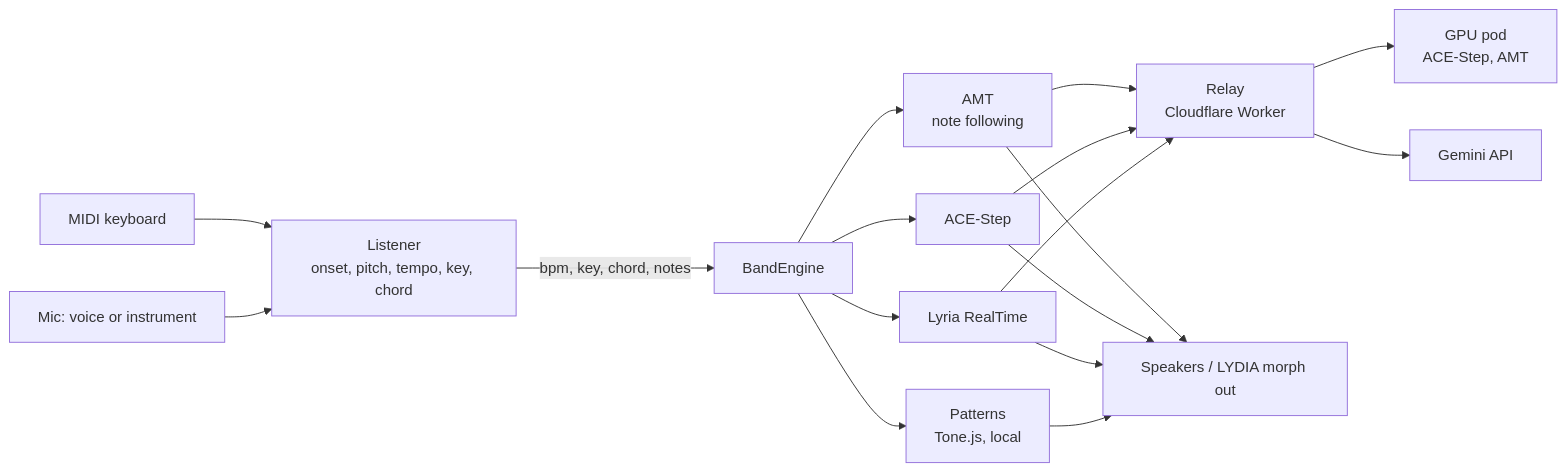
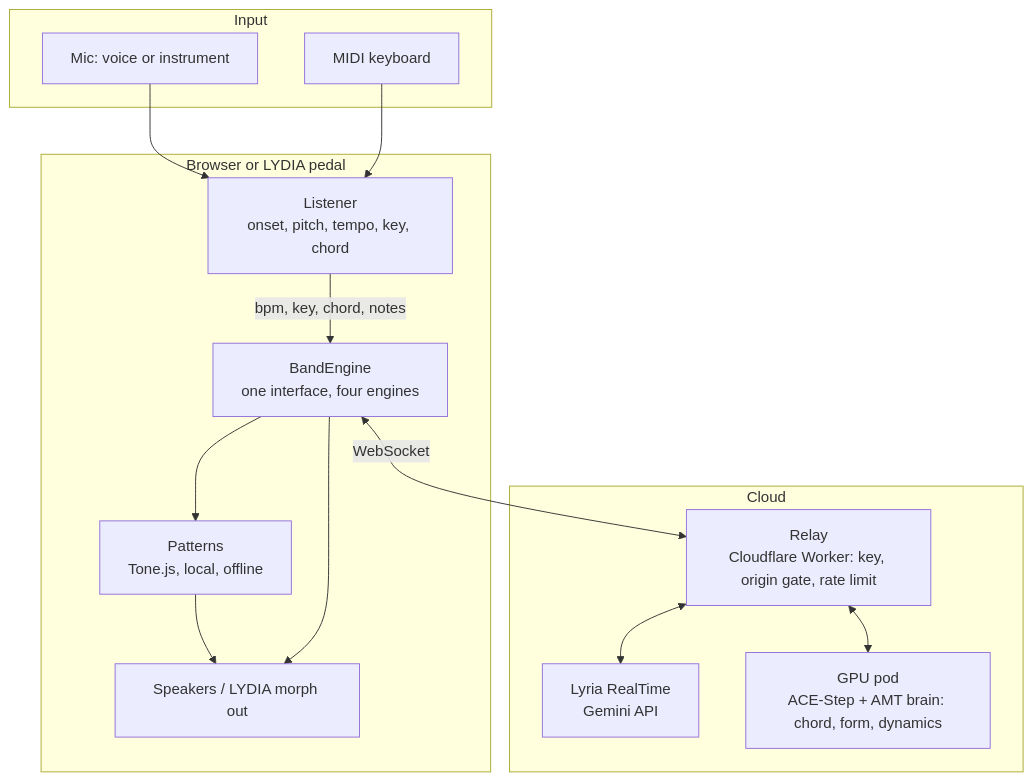
One commit to w1ne/backline changed the diagram in README.md. Above: the diagram before and after it, drawn with Mermaid.

Commit message:
README: top-down architecture diagram

````diff
--- a/README.md
+++ b/README.md
@@ -43,14 +43,26 @@
 ```mermaid
-flowchart LR
-    Mic[Mic: voice or instrument] --> L[Listener<br/>onset, pitch, tempo, key, chord]
-    MIDI[MIDI keyboard] --> L
-    L -->|bpm, key, chord, notes| B[BandEngine]
-    B --> P[Patterns<br/>Tone.js, local]
-    B --> Ly[Lyria RealTime]
-    B --> ACE[ACE-Step]
-    B --> AMT[AMT<br/>note following]
-    Ly & ACE & AMT --> R[Relay<br/>Cloudflare Worker]
-    R --> G[GPU pod<br/>ACE-Step, AMT]
-    R --> Gem[Gemini API]
-    P & Ly & ACE & AMT --> Out[Speakers / LYDIA morph out]
+flowchart TB
+    subgraph Input
+        Mic[Mic: voice or instrument]
+        MIDI[MIDI keyboard]
+    end
+    subgraph Browser or LYDIA pedal
+        L[Listener<br/>onset, pitch, tempo, key, chord]
+        B[BandEngine<br/>one interface, four engines]
+        P[Patterns<br/>Tone.js, local, offline]
+        Out[Speakers / LYDIA morph out]
+    end
+    subgraph Cloud
+        R[Relay<br/>Cloudflare Worker: key, origin gate, rate limit]
+        Gem[Lyria RealTime<br/>Gemini API]
+        G[GPU pod<br/>ACE-Step + AMT brain: chord, form, dynamics]
+    end
+    Mic --> L
+    MIDI --> L
+    L -->|bpm, key, chord, notes| B
+    B --> P --> Out
+    B <-->|WebSocket| R
+    R <--> Gem
+    R <--> G
+    B --> Out
 ```
````
